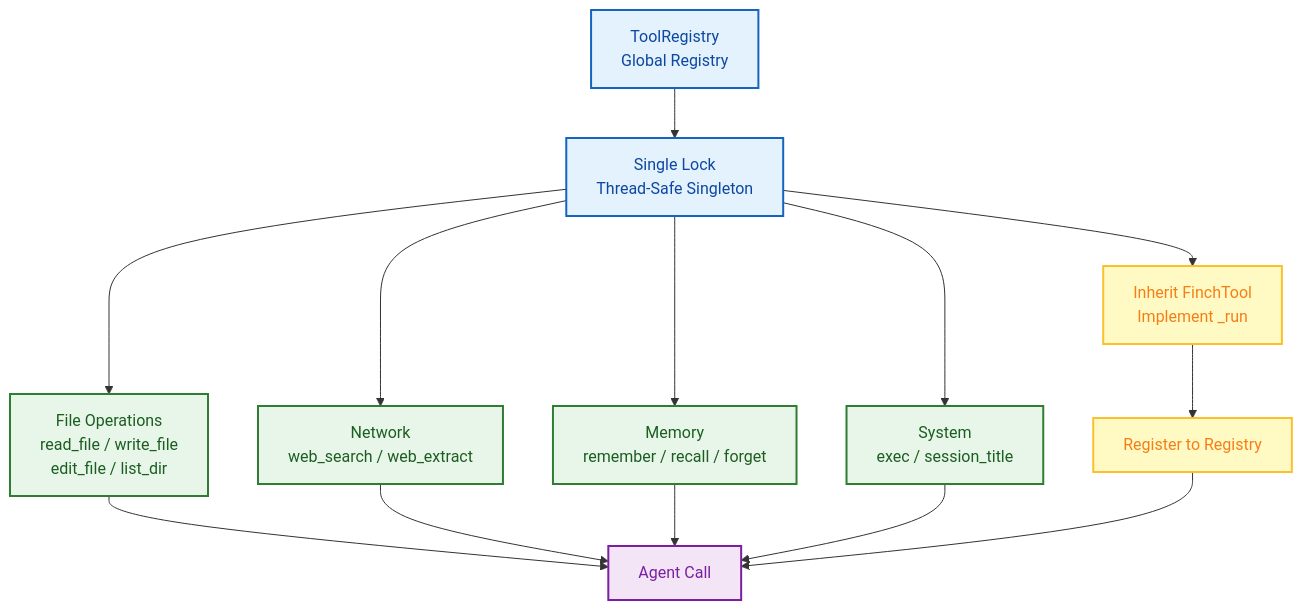
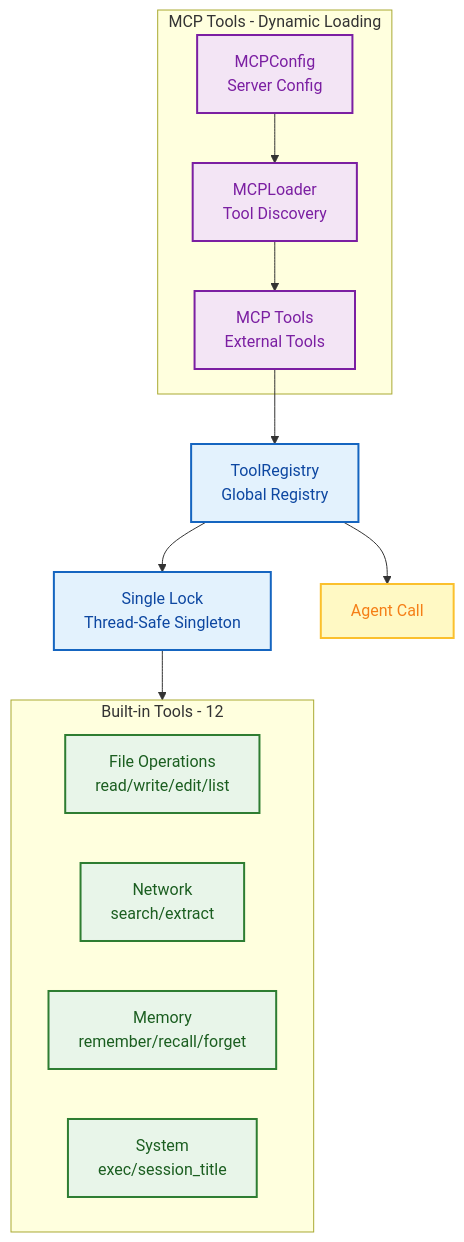
Before and after one commit to xt765/FinchBot: the sixth of 8 diagrams in docs/en-US/blog/finchbot-flexible-ai-agent-framework.md, drawn with Mermaid. The commit also changed other lines of this file and 10 other files, not shown here.

````diff
--- a/docs/en-US/blog/finchbot-flexible-ai-agent-framework.md
+++ b/docs/en-US/blog/finchbot-flexible-ai-agent-framework.md
@@ -396,30 +396,30 @@
 ```mermaid
 flowchart TB
     classDef registry fill:#e3f2fd,stroke:#1565c0,stroke-width:2px,color:#0d47a1;
     classDef builtin fill:#e8f5e9,stroke:#2e7d32,stroke-width:2px,color:#1b5e20;
-    classDef custom fill:#fff9c4,stroke:#fbc02d,stroke-width:2px,color:#f57f17;
-    classDef agent fill:#f3e5f5,stroke:#7b1fa2,stroke-width:2px,color:#7b1fa2;
+    classDef mcp fill:#f3e5f5,stroke:#7b1fa2,stroke-width:2px,color:#7b1fa2;
+    classDef agent fill:#fff9c4,stroke:#fbc02d,stroke-width:2px,color:#f57f17;
 
     TR[ToolRegistry<br/>Global Registry]:::registry
     Lock[Single Lock<br/>Thread-Safe Singleton]:::registry
 
-    File[File Operations<br/>read_file / write_file<br/>edit_file / list_dir]:::builtin
-    Web[Network<br/>web_search / web_extract]:::builtin
-    Memory[Memory<br/>remember / recall / forget]:::builtin
-    System[System<br/>exec / session_title]:::builtin
+    subgraph BuiltIn [Built-in Tools - 12]
+        File[File Operations<br/>read/write/edit/list]:::builtin
+        Web[Network<br/>search/extract]:::builtin
+        Memory[Memory<br/>remember/recall/forget]:::builtin
+        System[System<br/>exec/session_title]:::builtin
+    end
 
-    Inherit[Inherit FinchTool<br/>Implement _run]:::custom
-    Register[Register to Registry]:::custom
+    subgraph MCP [MCP Tools - Dynamic Loading]
+        MCPConfig[MCPConfig<br/>Server Config]:::mcp
+        MCPLoader[MCPLoader<br/>Tool Discovery]:::mcp
+        MCPTools[MCP Tools<br/>External Tools]:::mcp
+    end
 
     Agent[Agent Call]:::agent
 
     TR --> Lock
-    Lock --> File & Web & Memory & System
-    Lock --> Inherit --> Register
-
-    File --> Agent
-    Web --> Agent
-    Memory --> Agent
-    System --> Agent
-    Register --> Agent
+    Lock --> BuiltIn
+    MCPConfig --> MCPLoader --> MCPTools --> TR
+    TR --> Agent
 ```
````
